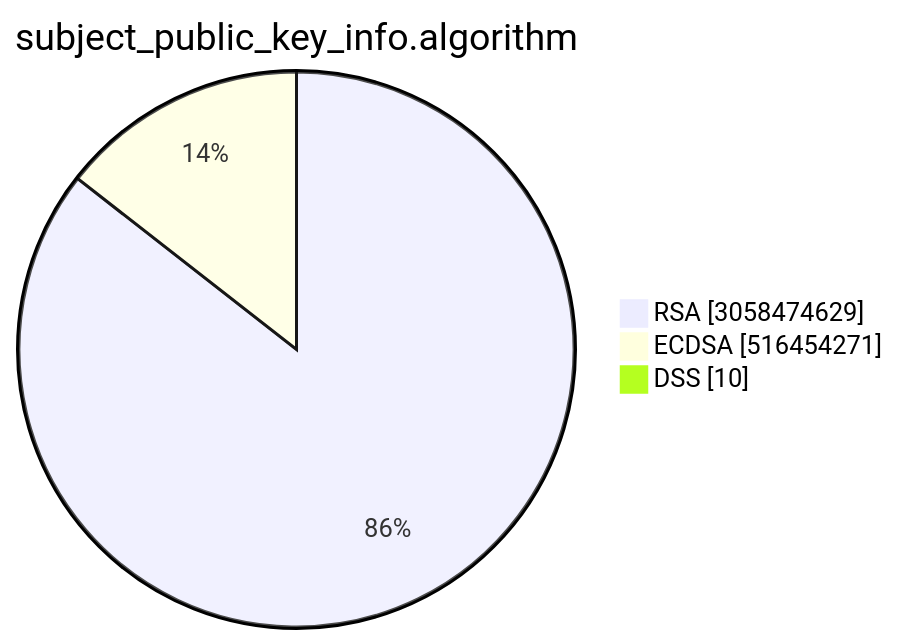
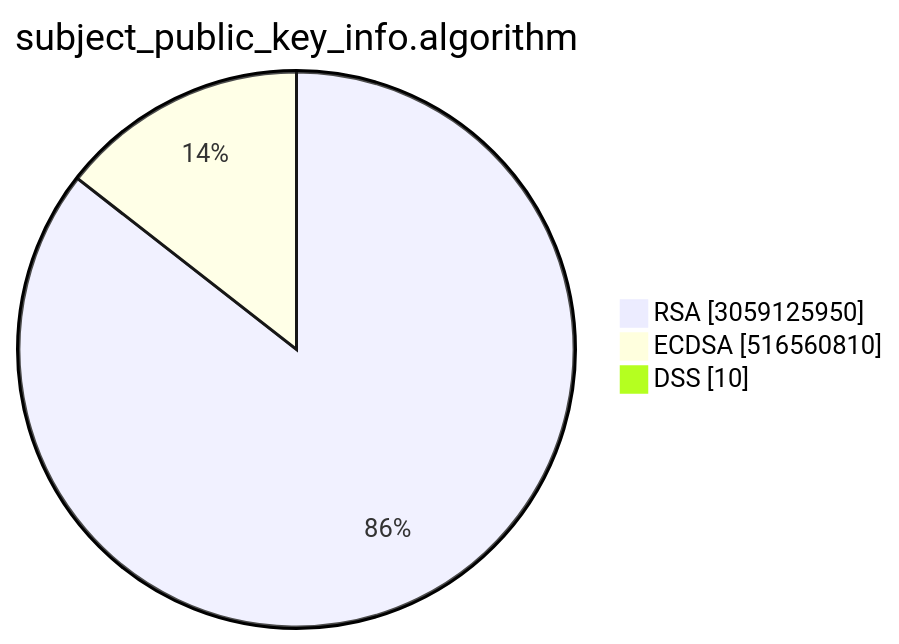
The second of 15 diagrams in TOTAL/README.md (christiankrug/ctmonitor_visualization), drawn with Mermaid before and after one commit. The commit also changed other lines of this file, not shown here.

````diff
--- a/TOTAL/README.md
+++ b/TOTAL/README.md
@@ -6,7 +6,7 @@
 ```mermaid
 pie showData
 title subject_public_key_info.algorithm
-"RSA" :3058474629
-"ECDSA" :516454271
+"RSA" :3059125950
+"ECDSA" :516560810
 "DSS" :10
 ```
````
